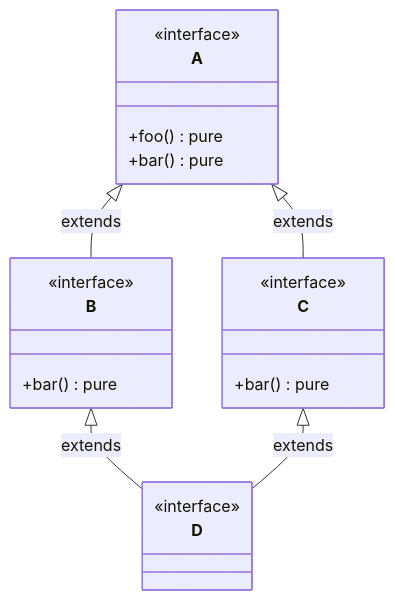
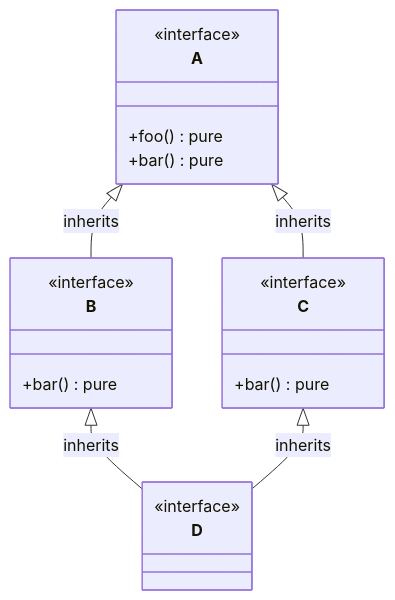
Before and after one commit to Zzzode/ZOM: the first of 2 diagrams in docs/spec/chapters/09-interfaces.md, drawn with Mermaid. The commit also changed other lines of this file and 70 other files, not shown here.

````diff
--- a/docs/spec/chapters/09-interfaces.md
+++ b/docs/spec/chapters/09-interfaces.md
@@ -273,24 +273,24 @@
 ```mermaid
 classDiagram
     direction TB
     class A {
         <<interface>>
         +foo() pure
         +bar() pure
     }
     class B {
         <<interface>>
         +bar() pure
     }
     class C {
         <<interface>>
         +bar() pure
     }
     class D {
         <<interface>>
     }
-    A <|-- B : extends
-    A <|-- C : extends
-    B <|-- D : extends
-    C <|-- D : extends
+    A <|-- B : inherits
+    A <|-- C : inherits
+    B <|-- D : inherits
+    C <|-- D : inherits
 ```
````
